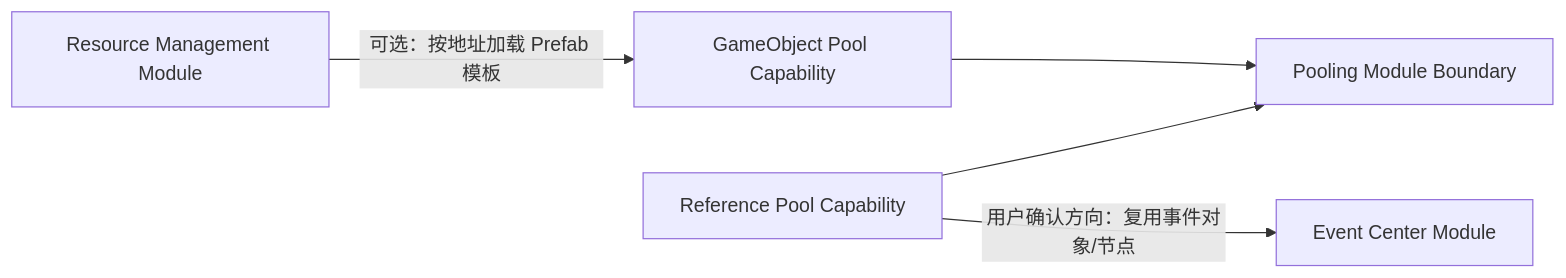
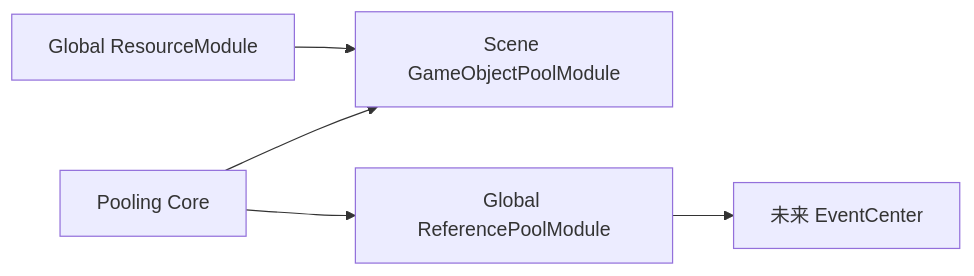
Before and after one commit to SoltidueMarquez/FrameWork_Ranger: the diagram in Assets/Plugins/FrameWork_Ranger/Docs/03_Architecture/FoundationModules/00_Foundation_Modules_Program_Charter.md, drawn with Mermaid. The commit also changed other lines of this file and 186 other files, not shown here.

````diff
--- a/Assets/Plugins/FrameWork_Ranger/Docs/03_Architecture/FoundationModules/00_Foundation_Modules_Program_Charter.md
+++ b/Assets/Plugins/FrameWork_Ranger/Docs/03_Architecture/FoundationModules/00_Foundation_Modules_Program_Charter.md
@@ -52,7 +52,7 @@
 ```mermaid
 flowchart LR
-    Resource["Resource Management Module"] -->|"可选：按地址加载 Prefab 模板"| GameObjectPool["GameObject Pool Capability"]
-    ReferencePool["Reference Pool Capability"] -->|"用户确认方向：复用事件对象/节点"| EventCenter["Event Center Module"]
-    ReferencePool --> Pooling["Pooling Module Boundary"]
-    GameObjectPool --> Pooling
+    Resource["Global ResourceModule"] --> GameObjectPool["Scene GameObjectPoolModule"]
+    ReferencePool["Global ReferencePoolModule"] --> EventCenter["未来 EventCenter"]
+    Core["Pooling Core"] --> ReferencePool
+    Core --> GameObjectPool
 ```
````
